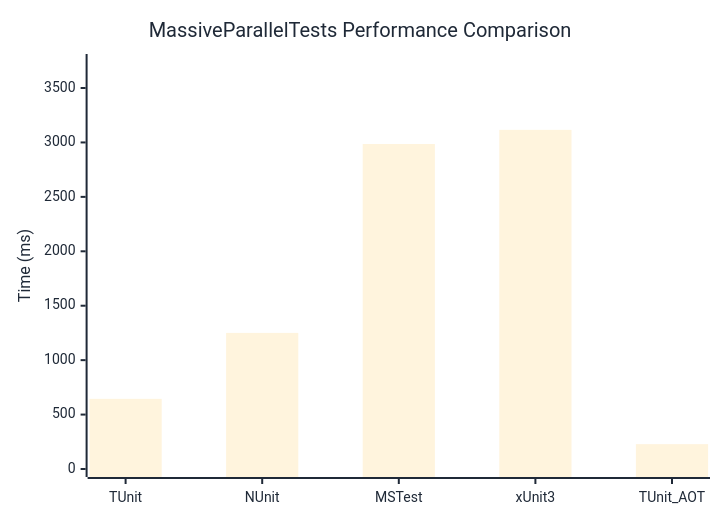
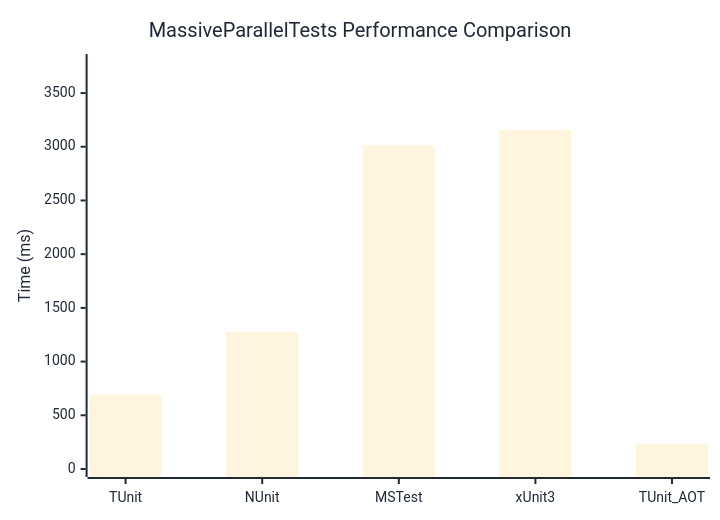
The diagram in docs/docs/benchmarks/MassiveParallelTests.md (thomhurst/TUnit), drawn with Mermaid before and after one commit. The commit also changed other lines of this file and 17 other files, not shown here.

````diff
--- a/docs/docs/benchmarks/MassiveParallelTests.md
+++ b/docs/docs/benchmarks/MassiveParallelTests.md
@@ -27,37 +27,37 @@
 ```mermaid
 %%{init: {
   'theme':'base',
   'themeVariables': {
     'primaryColor': '#2563eb',
     'primaryTextColor': '#1f2937',
     'primaryBorderColor': '#1e40af',
     'lineColor': '#6b7280',
     'secondaryColor': '#7c3aed',
     'tertiaryColor': '#dc2626',
     'background': '#ffffff',
     'mainBkg': '#2563eb',
     'secondBkg': '#7c3aed',
     'tertiaryBkg': '#dc2626',
     'clusterBkg': '#f3f4f6',
     'edgeLabelBackground': '#ffffff',
     'tertiaryTextColor': '#1f2937',
     'pie1': '#2563eb',
     'pie2': '#7c3aed',
     'pie3': '#dc2626',
     'pie4': '#f59e0b',
     'pie5': '#10b981',
     'pie6': '#06b6d4',
     'pie7': '#ec4899',
     'pie8': '#6366f1',
     'pie9': '#84cc16',
     'pie10': '#f97316',
     'pie11': '#14b8a6',
     'pie12': '#a855f7'
   }
 }}%%
 xychart-beta
   title "MassiveParallelTests Performance Comparison"
   x-axis ["TUnit", "NUnit", "MSTest", "xUnit3", "TUnit_AOT"]
-  y-axis "Time (ms)" 0 --> 3739
-  bar [644.5, 1250.2, 2985.4, 3115.6, 228.2]
+  y-axis "Time (ms)" 0 --> 3789
+  bar [690.8, 1279.2, 3013.1, 3157, 229.6]
 ```
````
